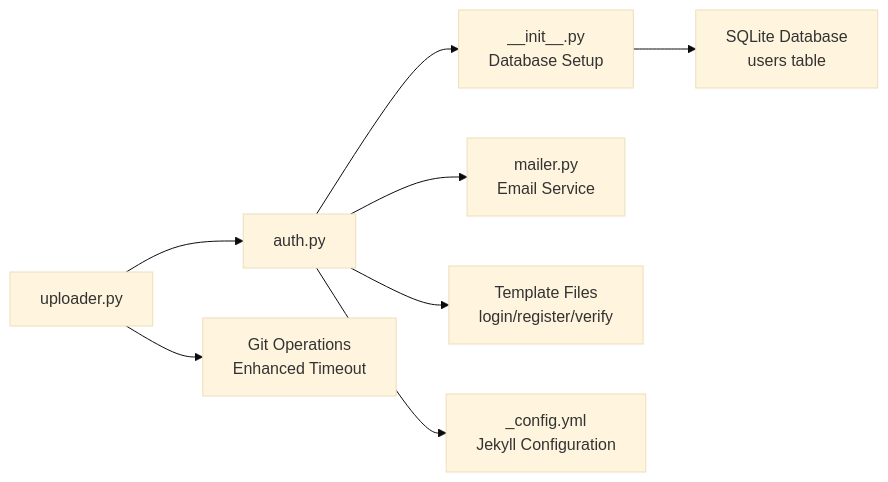
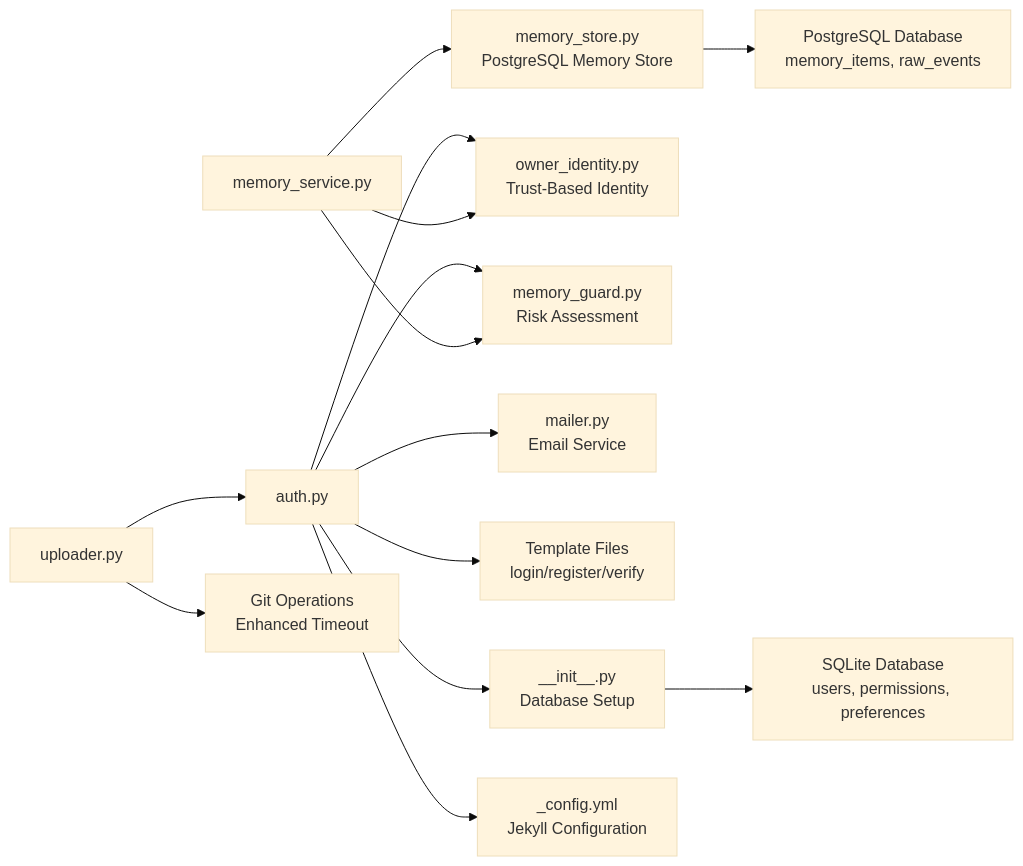
One commit to PolarisW007/PolaZhenJing changed the third of 3 diagrams in .qoder/repowiki/en/content/Backend Application/Authentication System.md. Above: the diagram before and after it, drawn with Mermaid (base theme). The commit also changed other lines of this file and 333 other files, not shown here.

````diff
--- a/.qoder/repowiki/en/content/Backend Application/Authentication System.md
+++ b/.qoder/repowiki/en/content/Backend Application/Authentication System.md
@@ -292,11 +469,17 @@
 ```mermaid
 graph LR
 AUTH["auth.py"] --> INIT["__init__.py<br/>Database Setup"]
+AUTH --> OWNER_ID["owner_identity.py<br/>Trust-Based Identity"]
+AUTH --> MEM_GUARD["memory_guard.py<br/>Risk Assessment"]
 AUTH --> MAILER["mailer.py<br/>Email Service"]
 AUTH --> TEMPLATES["Template Files<br/>login/register/verify"]
-INIT --> SQLITE["SQLite Database<br/>users table"]
+INIT --> SQLITE["SQLite Database<br/>users, permissions, preferences"]
+MEM_SERVICE["memory_service.py"] --> OWNER_ID
+MEM_SERVICE --> MEM_GUARD
+MEM_SERVICE --> MEM_STORE["memory_store.py<br/>PostgreSQL Memory Store"]
+MEM_STORE --> PG_DB["PostgreSQL Database<br/>memory_items, raw_events"]
 UPLOADER["uploader.py"] --> AUTH
 UPLOADER --> GIT["Git Operations<br/>Enhanced Timeout"]
 CONFIG["_config.yml<br/>Jekyll Configuration"]
 AUTH --> CONFIG
 ```
````
